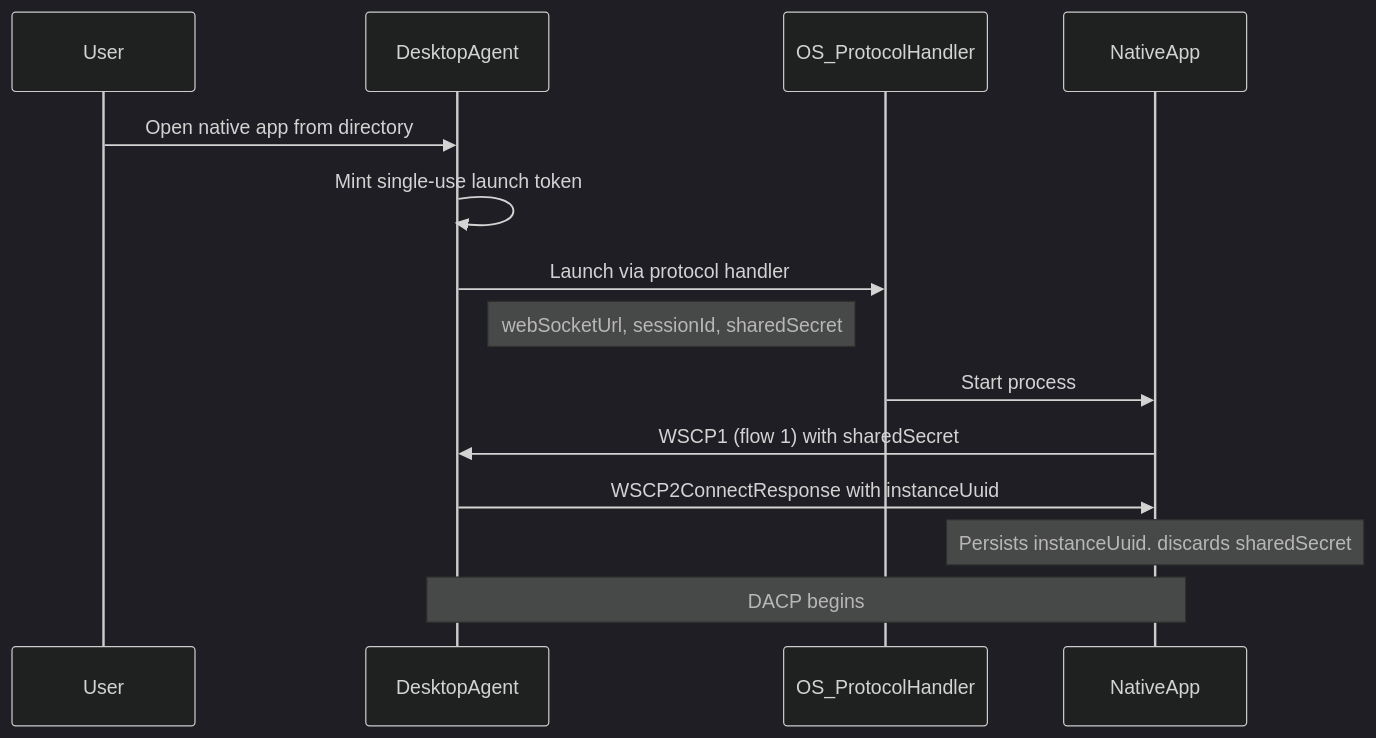
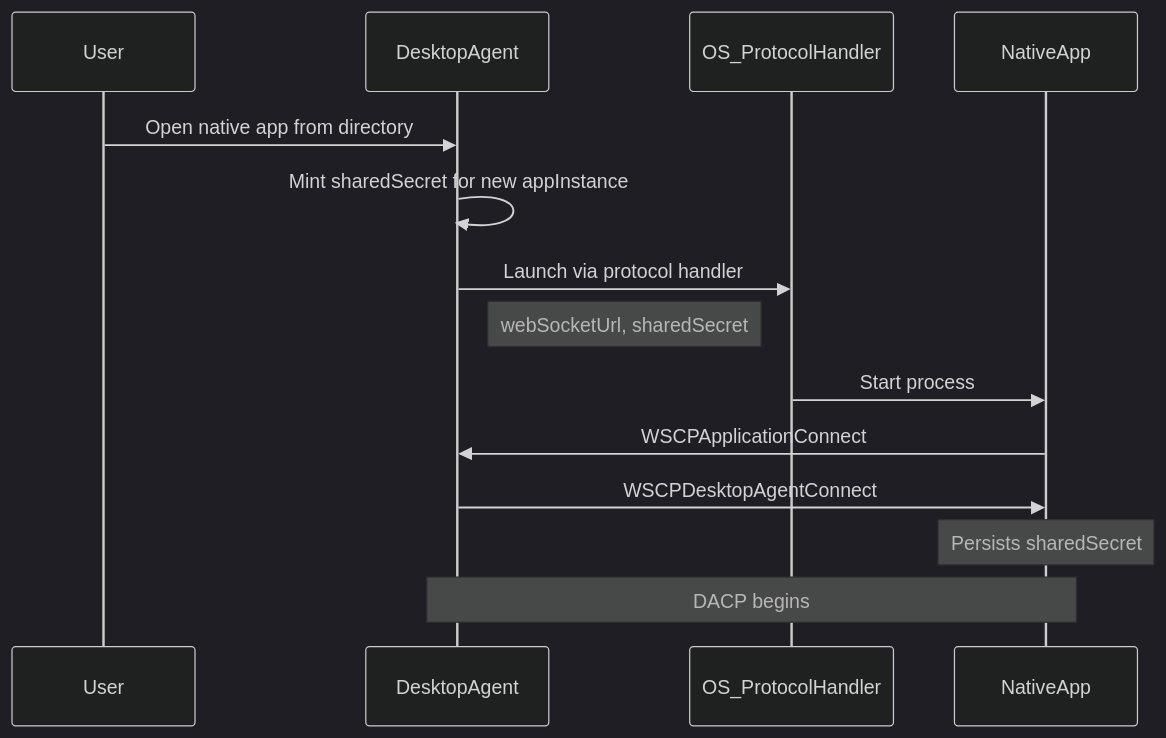
One commit to finos/FDC3 changed the third of 3 diagrams in website/docs/api/specs/webSocketConnectionProtocol.md. Above: the diagram before and after it, drawn with Mermaid (dark theme). The commit also changed other lines of this file and 10 other files, not shown here.

````diff
--- a/website/docs/api/specs/webSocketConnectionProtocol.md
+++ b/website/docs/api/specs/webSocketConnectionProtocol.md
@@ -240,17 +313,17 @@
 ```mermaid
 sequenceDiagram
     participant User
     participant DA as DesktopAgent
     participant OS as OS_ProtocolHandler
     participant App as NativeApp
 
     User->>DA: Open native app from directory
-    DA->>DA: Mint single-use launch token
+    DA->>DA: Mint sharedSecret for new appInstance
     DA->>OS: Launch via protocol handler
-    Note right of DA: webSocketUrl, sessionId, sharedSecret
+    Note right of DA: webSocketUrl, sharedSecret
     OS->>App: Start process
-    App->>DA: WSCP1 (flow 1) with sharedSecret
-    DA->>App: WSCP2ConnectResponse with instanceUuid
-    Note over App: Persists instanceUuid. discards sharedSecret
+    App->>DA: WSCPApplicationConnect
+    DA->>App: WSCPDesktopAgentConnect
+    Note over App: Persists sharedSecret
     Note over App,DA: DACP begins
 ```
````
